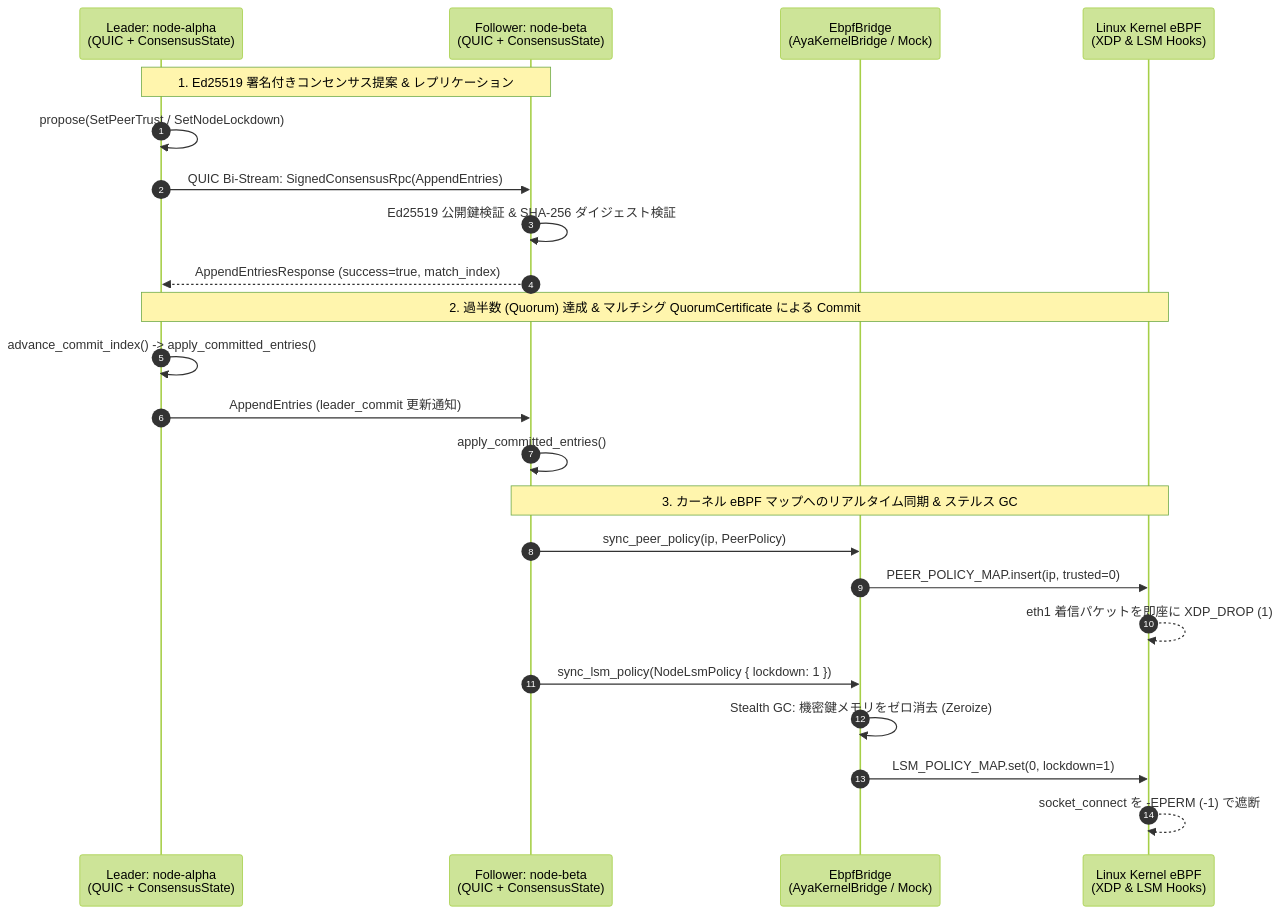
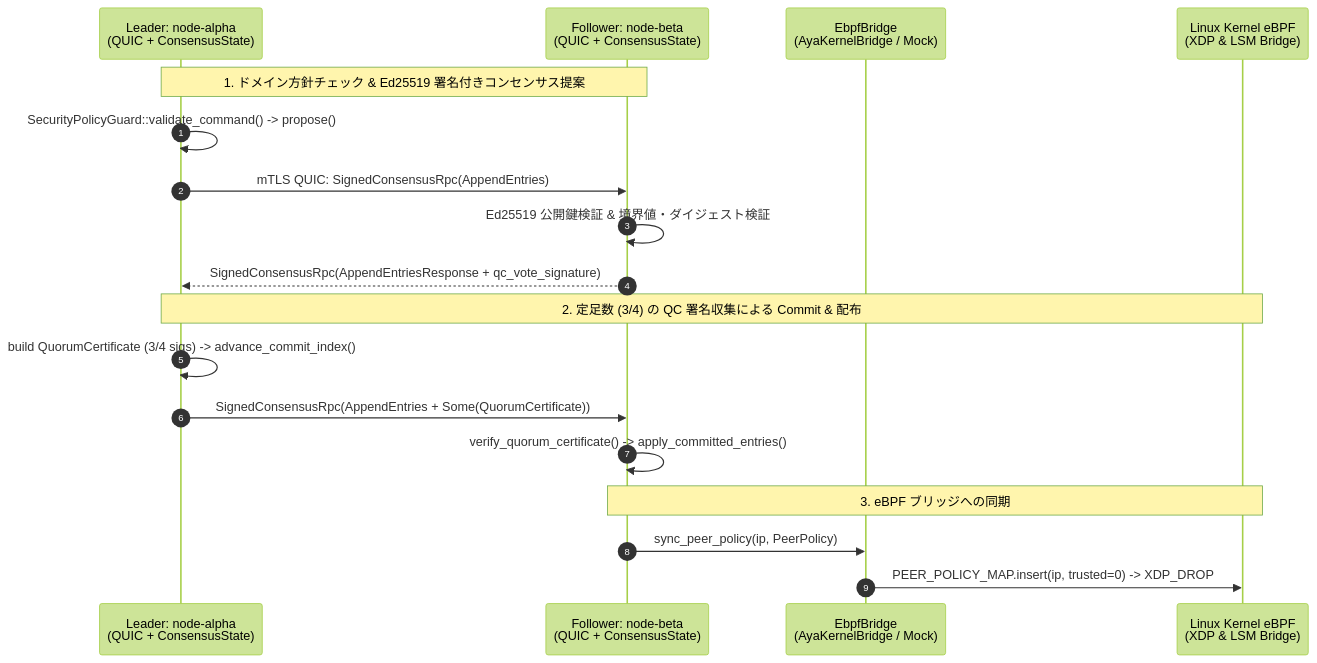
One commit to mt4110/veil-mesh-consensus changed the diagram in docs/CONSENSUS_AND_EBPF_PROOF.md. Above: the diagram before and after it, drawn with Mermaid (forest theme). The commit also changed other lines of this file and 18 other files, not shown here.

Commit message:
refactor(clean-arch,security): restructure veil-node into Clean Architecture layers, use CSPRNG keys + 0600 keyfile, add Protected IP guard, and unify honest docs

````diff
--- a/docs/CONSENSUS_AND_EBPF_PROOF.md
+++ b/docs/CONSENSUS_AND_EBPF_PROOF.md
@@ -11,29 +16,23 @@
 ```mermaid
 sequenceDiagram
     autonumber
     participant Alpha as Leader: node-alpha<br/>(QUIC + ConsensusState)
     participant Beta as Follower: node-beta<br/>(QUIC + ConsensusState)
     participant Bridge as EbpfBridge<br/>(AyaKernelBridge / Mock)
-    participant Kernel as Linux Kernel eBPF<br/>(XDP & LSM Hooks)
+    participant Kernel as Linux Kernel eBPF<br/>(XDP & LSM Bridge)
 
-    Note over Alpha,Beta: 1. Ed25519 署名付きコンセンサス提案 & レプリケーション
-    Alpha->>Alpha: propose(SetPeerTrust / SetNodeLockdown)
-    Alpha->>Beta: QUIC Bi-Stream: SignedConsensusRpc(AppendEntries)
-    Beta->>Beta: Ed25519 公開鍵検証 & SHA-256 ダイジェスト検証
-    Beta-->>Alpha: AppendEntriesResponse (success=true, match_index)
+    Note over Alpha,Beta: 1. ドメイン方針チェック & Ed25519 署名付きコンセンサス提案
+    Alpha->>Alpha: SecurityPolicyGuard::validate_command() -> propose()
+    Alpha->>Beta: mTLS QUIC: SignedConsensusRpc(AppendEntries)
+    Beta->>Beta: Ed25519 公開鍵検証 & 境界値・ダイジェスト検証
+    Beta-->>Alpha: SignedConsensusRpc(AppendEntriesResponse + qc_vote_signature)
 
-    Note over Alpha,Kernel: 2. 過半数 (Quorum) 達成 & マルチシグ QuorumCertificate による Commit
-    Alpha->>Alpha: advance_commit_index() -> apply_committed_entries()
-    Alpha->>Beta: AppendEntries (leader_commit 更新通知)
-    Beta->>Beta: apply_committed_entries()
+    Note over Alpha,Kernel: 2. 定足数 (3/4) の QC 署名収集による Commit & 配布
+    Alpha->>Alpha: build QuorumCertificate (3/4 sigs) -> advance_commit_index()
+    Alpha->>Beta: SignedConsensusRpc(AppendEntries + Some(QuorumCertificate))
+    Beta->>Beta: verify_quorum_certificate() -> apply_committed_entries()
 
-    Note over Beta,Kernel: 3. カーネル eBPF マップへのリアルタイム同期 & ステルス GC
+    Note over Beta,Kernel: 3. eBPF ブリッジへの同期
     Beta->>Bridge: sync_peer_policy(ip, PeerPolicy)
-    Bridge->>Kernel: PEER_POLICY_MAP.insert(ip, trusted=0)
-    Kernel-->>Kernel: eth1 着信パケットを即座に XDP_DROP (1)
-
-    Beta->>Bridge: sync_lsm_policy(NodeLsmPolicy { lockdown: 1 })
-    Bridge->>Bridge: Stealth GC: 機密鍵メモリをゼロ消去 (Zeroize)
-    Bridge->>Kernel: LSM_POLICY_MAP.set(0, lockdown=1)
-    Kernel-->>Kernel: socket_connect を -EPERM (-1) で遮断
+    Bridge->>Kernel: PEER_POLICY_MAP.insert(ip, trusted=0) -> XDP_DROP
 ```
````
